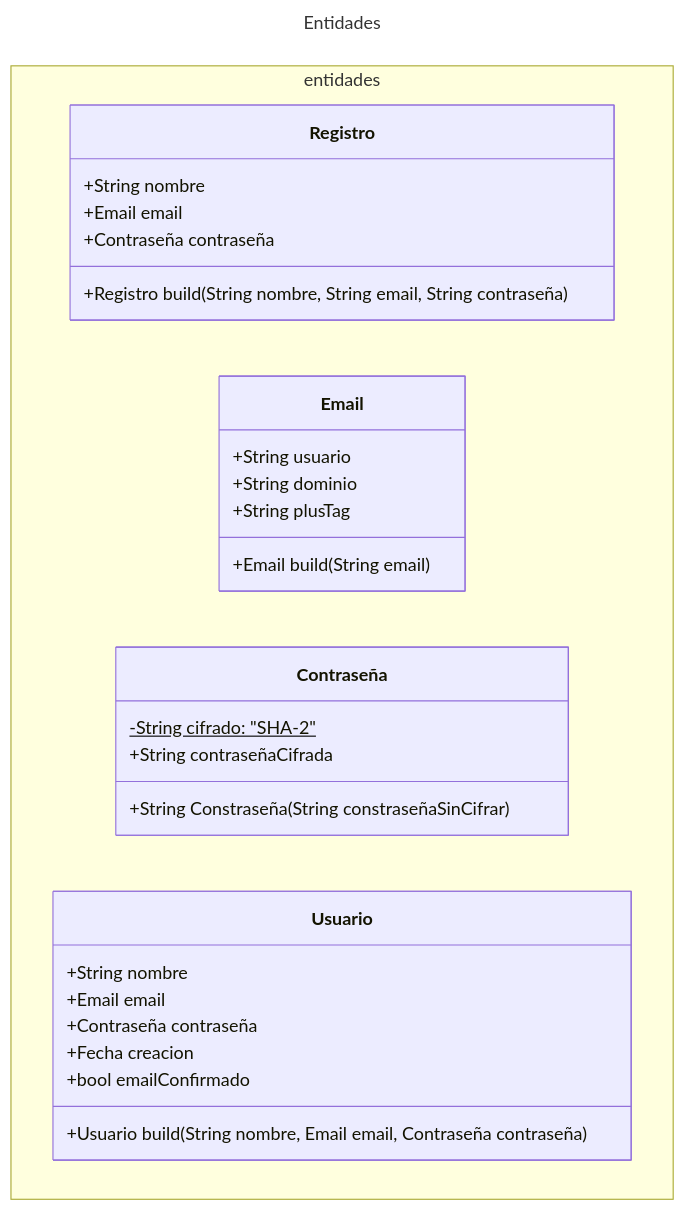
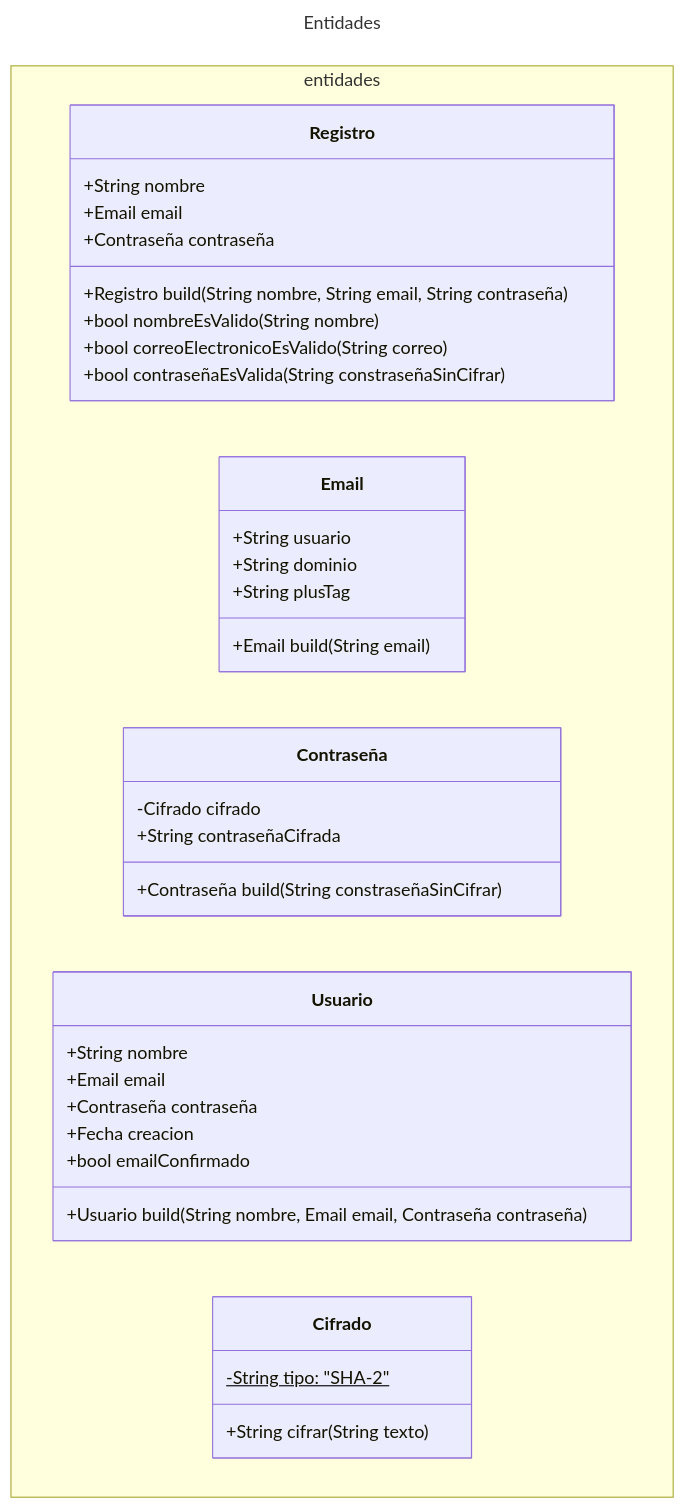
The third of 3 diagrams in pages/draft/post-draft.md (urrestarazu-alejandro/memo-backend), drawn with Mermaid before and after one commit.

Commit message:
draft caso de uso quito validaciones y cifrado

````diff
--- a/pages/draft/post-draft.md
+++ b/pages/draft/post-draft.md
@@ -190,41 +190,50 @@
 ```mermaid
 ---
 title: Entidades
 ---
 classDiagram
 
 namespace entidades {
     class Registro {
         +String nombre
         +Email email
         +Contraseña contraseña
 
         +Registro build(String nombre, String email, String contraseña)
+        +bool nombreEsValido(String nombre)
+        +bool correoElectronicoEsValido(String correo)
+        +bool contraseñaEsValida(String constraseñaSinCifrar)
     }
 
     class Email {
         +String usuario
         +String dominio
         +String plusTag
 
         +Email build(String email)
     }
 
-    class Contraseña {
-        -String cifrado: "SHA-2"$
+    class Contraseña {        
+        -Cifrado cifrado
         +String contraseñaCifrada
 
-        +String Constraseña(String constraseñaSinCifrar)
+        +Contraseña build(String constraseñaSinCifrar)
     }
 
     class Usuario {
         +String nombre
         +Email email
         +Contraseña contraseña
         +Fecha creacion
         +bool emailConfirmado
 
         +Usuario build(String nombre, Email email, Contraseña contraseña)
     }
+
+    class Cifrado {
+        -String tipo: "SHA-2"$
+        
+        +String cifrar(String texto)
+    }
 }
 ```
````
